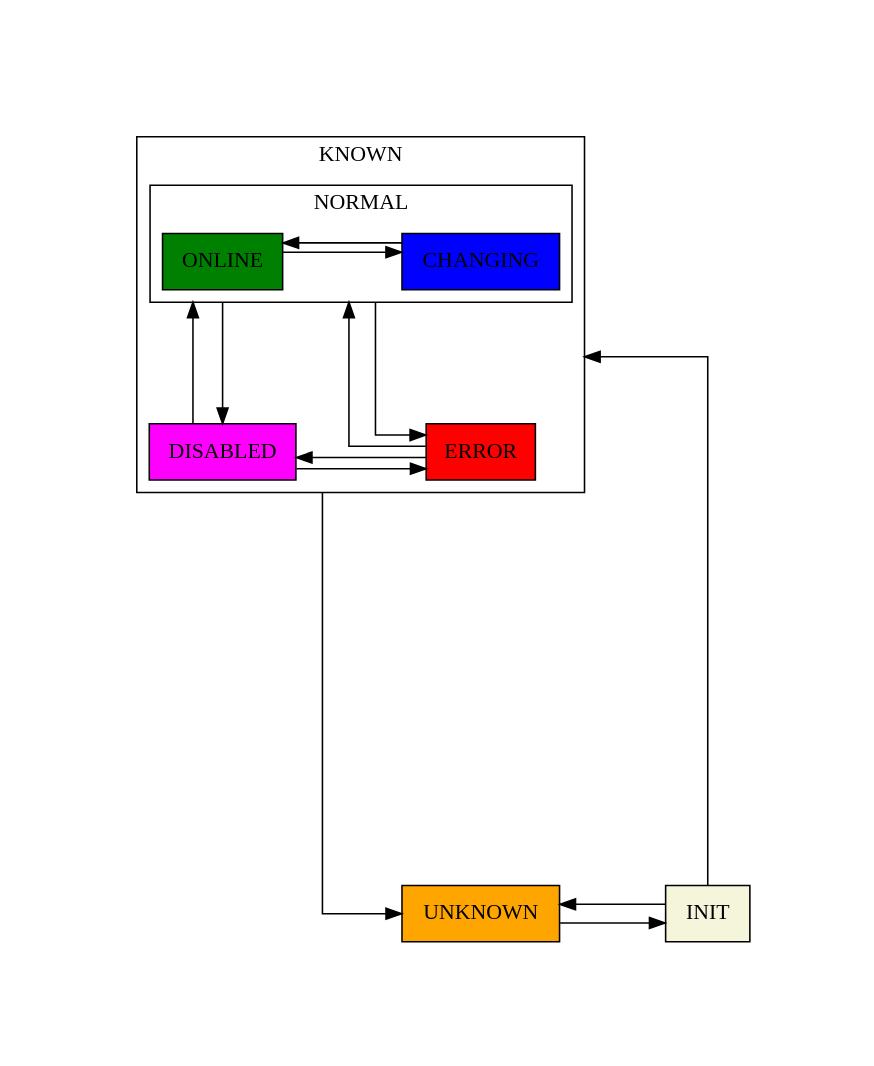
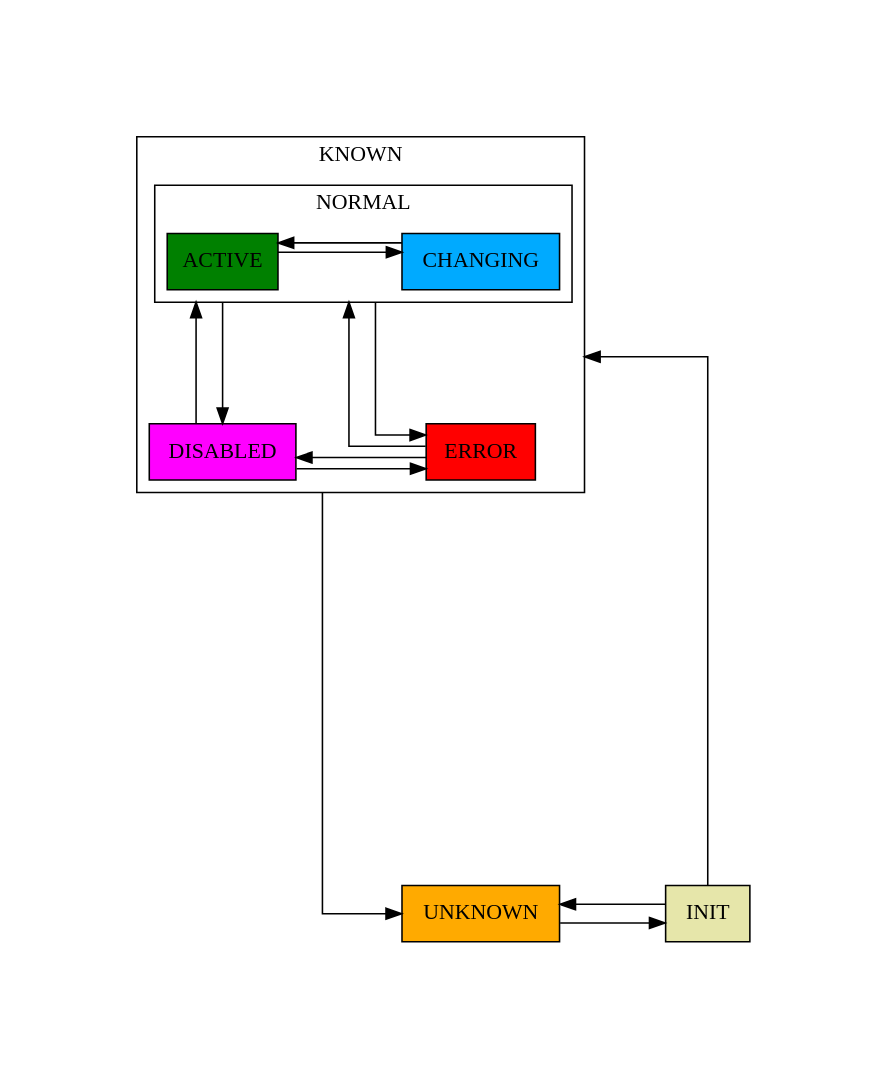
Before and after one commit to European-XFEL/Karabo: diagram 13 of 18 in doc/concepts/states.rst, drawn with Graphviz. The commit also changed other lines of this file, not shown here.

```diff
--- a/doc/concepts/states.rst
+++ b/doc/concepts/states.rst
@@ -199,7 +240,7 @@
         [
             shape = box
             style = filled
-            fillcolor = orange
+            fillcolor = "#FFAA00"
             label = "UNKNOWN"
         ]
 
@@ -207,7 +248,7 @@
         [
             shape = box
             style = filled
-            fillcolor = beige
+            fillcolor = "#E6E6AA"
             label = "INIT"
         ]
 
@@ -219,7 +260,7 @@
         [
             shape = box
             style = filled
-            fillcolor = magenta
+            fillcolor = "#FF00FF"
             label = "DISABLED"
         ]
 
@@ -242,14 +283,14 @@
                     shape = box
                     style = filled
                     fillcolor = green
-                    label = "ONLINE"
+                    label = "ACTIVE"
                 ]
 
                 changing
                 [
                     shape = box
                     style = filled
-                    fillcolor = blue
+                    fillcolor = "#00AAFF"
                     label = "CHANGING"
                 ]
                 on -> changing
```
